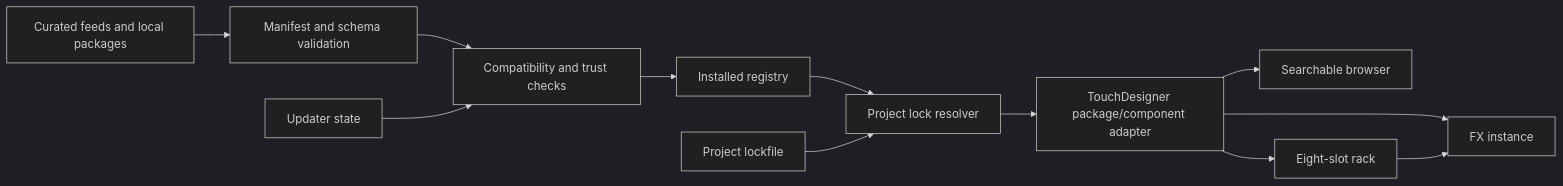
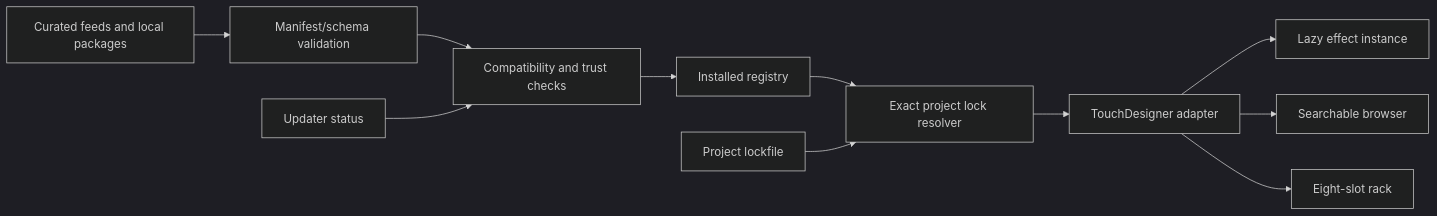
One commit to wenjunii/td-imagefx-library changed the first of 2 diagrams in docs/architecture.md. Above: the diagram before and after it, drawn with Mermaid (dark theme). The commit also changed other lines of this file and 338 other files, not shown here.

````diff
--- a/docs/architecture.md
+++ b/docs/architecture.md
@@ -17,14 +17,13 @@
 ```mermaid
 flowchart LR
-    A["Curated feeds and local packages"] --> B["Manifest and schema validation"]
+    A["Curated feeds and local packages"] --> B["Manifest/schema validation"]
     B --> C["Compatibility and trust checks"]
     C --> D["Installed registry"]
-    D --> E["Project lock resolver"]
-    E --> F["TouchDesigner package/component adapter"]
-    F --> G["FX instance"]
-    F --> J["Searchable browser"]
-    F --> K["Eight-slot rack"]
-    K --> G
-    H["Updater state"] --> C
-    I["Project lockfile"] --> E
+    D --> E["Exact project lock resolver"]
+    E --> F["TouchDesigner adapter"]
+    F --> G["Lazy effect instance"]
+    F --> H["Searchable browser"]
+    F --> I["Eight-slot rack"]
+    J["Updater status"] --> C
+    K["Project lockfile"] --> E
 ```
````
